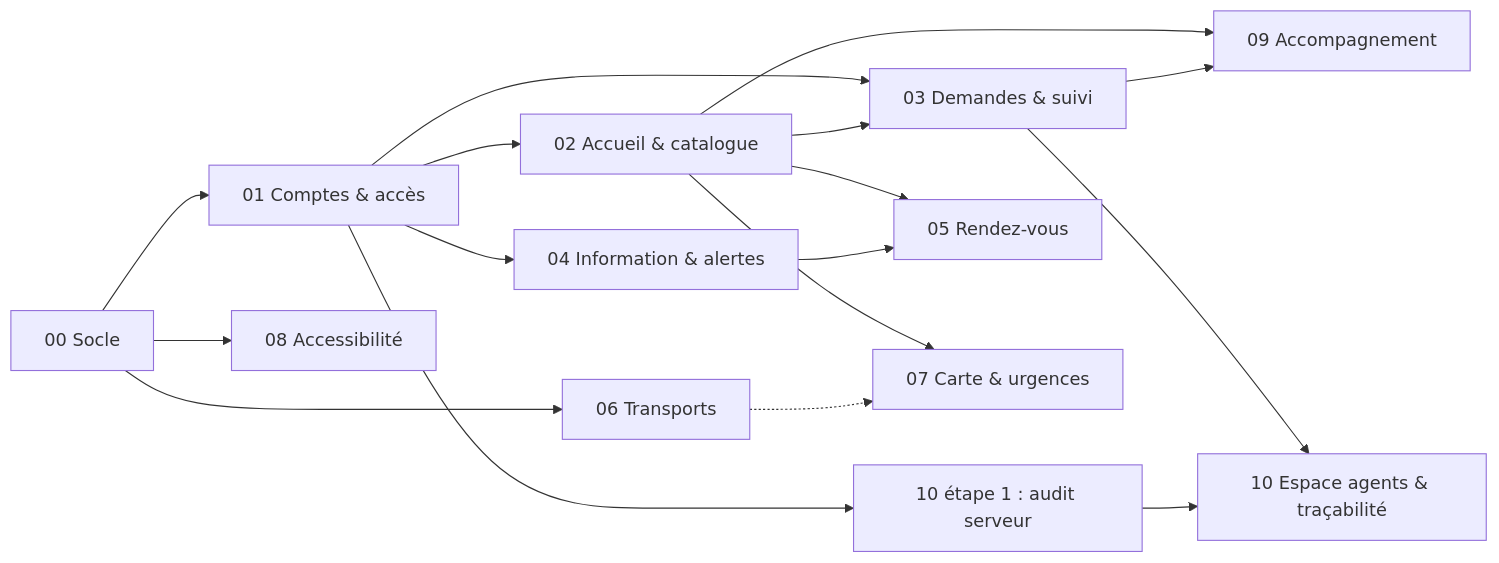
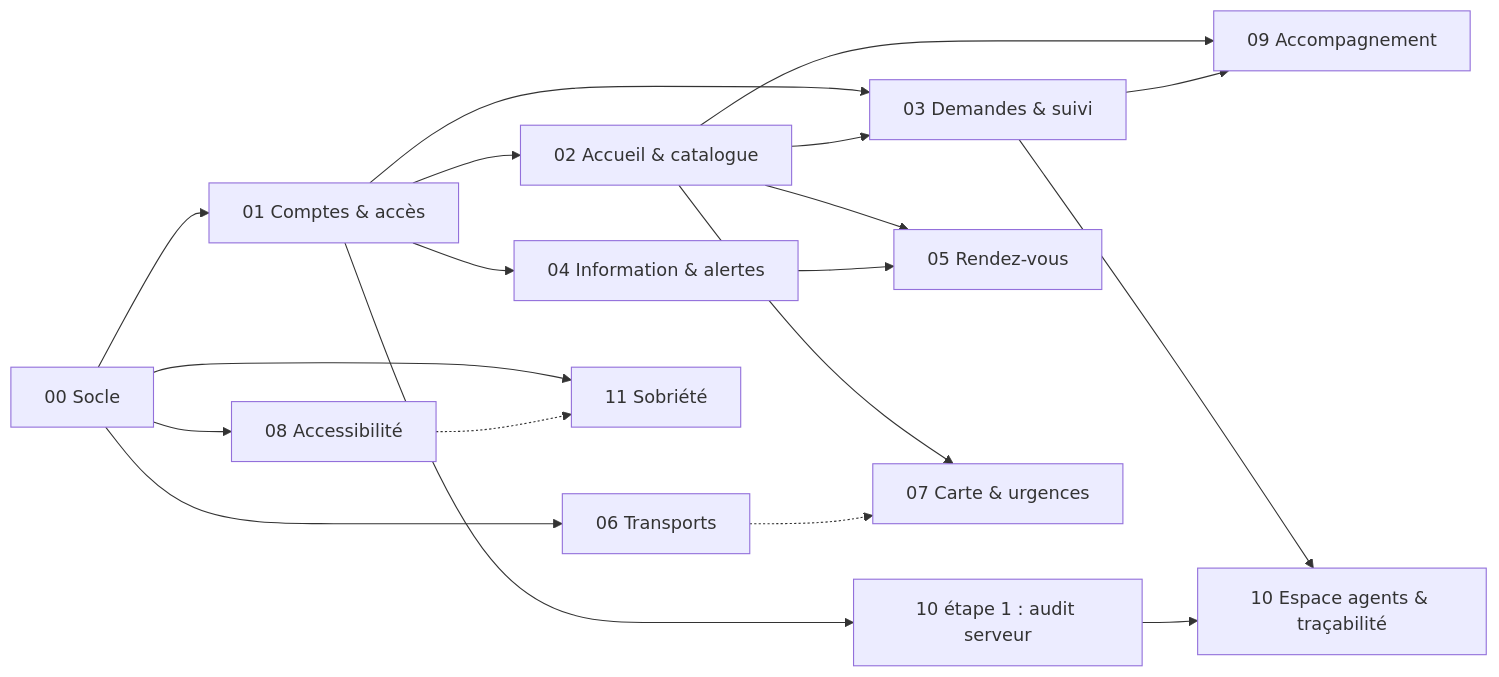
The diagram in project-plan/README.md (Code-wave-innovations/webcup-2026), drawn with Mermaid before and after one commit. The commit also changed other lines of this file and 106 other files, not shown here.

````diff
--- a/project-plan/README.md
+++ b/project-plan/README.md
@@ -60,19 +62,21 @@
 ```mermaid
 graph LR
   P00[00 Socle] --> P01[01 Comptes & accès]
   P00 --> P08[08 Accessibilité]
   P00 --> P06[06 Transports]
   P01 --> P02[02 Accueil & catalogue]
   P01 --> P03[03 Demandes & suivi]
   P01 --> P04[04 Information & alertes]
   P01 --> P10a[10 étape 1 : audit serveur]
   P02 --> P03
   P02 --> P05[05 Rendez-vous]
   P04 --> P05
   P02 --> P07[07 Carte & urgences]
   P06 -.-> P07
   P02 --> P09[09 Accompagnement]
   P03 --> P09
   P03 --> P10[10 Espace agents & traçabilité]
   P10a --> P10
+  P00 --> P11[11 Sobriété]
+  P08 -.-> P11
 ```
````
